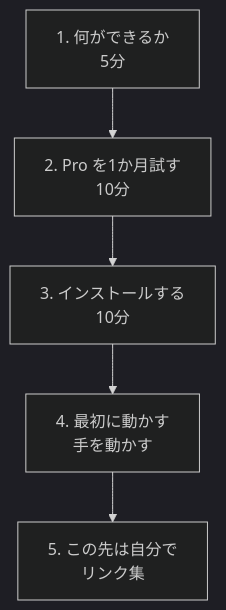
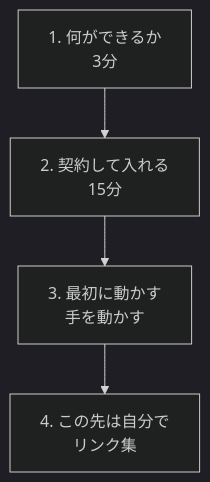
One commit to sun75bear/claudehowto changed the diagram in docs/index.md. Above: the diagram before and after it, drawn with Mermaid (dark theme). The commit also changed other lines of this file and 9 other files, not shown here.

````diff
--- a/docs/index.md
+++ b/docs/index.md
@@ -25,7 +24,6 @@
 ```mermaid
 flowchart TD
-    A["1. 何ができるか<br>5分"] --> B["2. Pro を1か月試す<br>10分"]
-    B --> C["3. インストールする<br>10分"]
-    C --> D["4. 最初に動かす<br>手を動かす"]
-    D --> E["5. この先は自分で<br>リンク集"]
+    A["1. 何ができるか<br>3分"] --> B["2. 契約して入れる<br>15分"]
+    B --> C["3. 最初に動かす<br>手を動かす"]
+    C --> D["4. この先は自分で<br>リンク集"]
 ```
````
